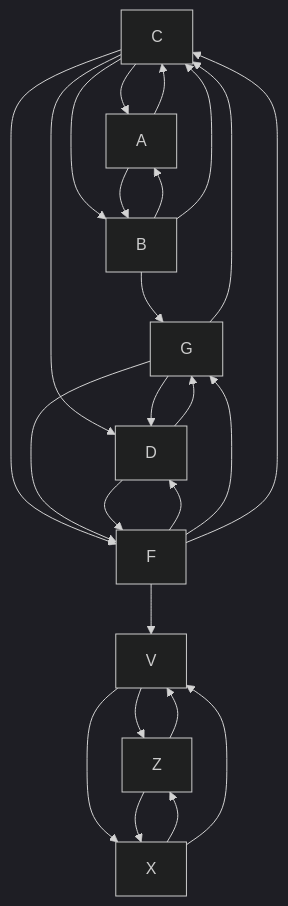
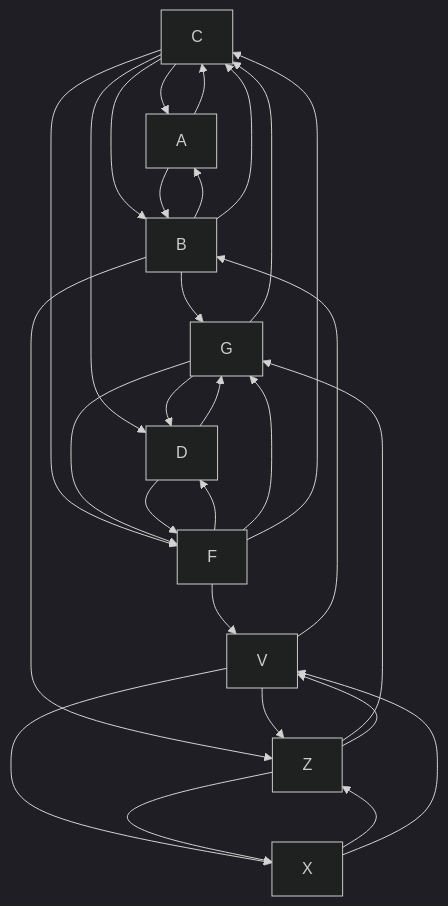
Before and after one commit to mshunko101/mshunko101: the diagram in README.md, drawn with Mermaid (dark theme).

````diff
--- a/README.md
+++ b/README.md
@@ -88,27 +88,30 @@
 ```mermaid
 graph TD;
     C-->A;
     C-->B;
     B-->A;
     A-->B;
     A-->C;
     B-->C;
     C-->D;
     B-->G;
     C-->F;
     G-->D;
     G-->F;
     F-->D;
     D-->F;
     D-->G;
     F-->G;
     F-->C;
     F-->V;
     G-->C;
+    V-->B;
+    B-->Z;
+    Z-->G;
     V-->Z;
     V-->X;
     X-->Z;
     Z-->X;
     Z-->V;
     X-->V;
 ```
````
